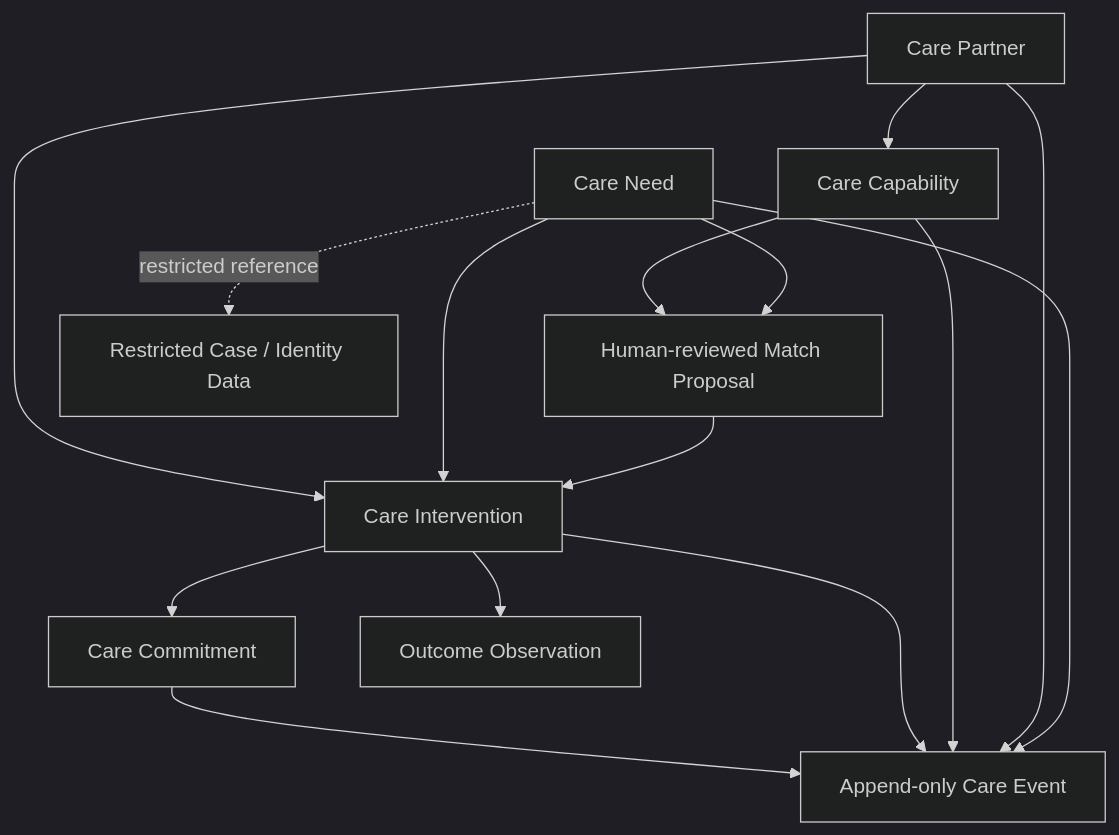
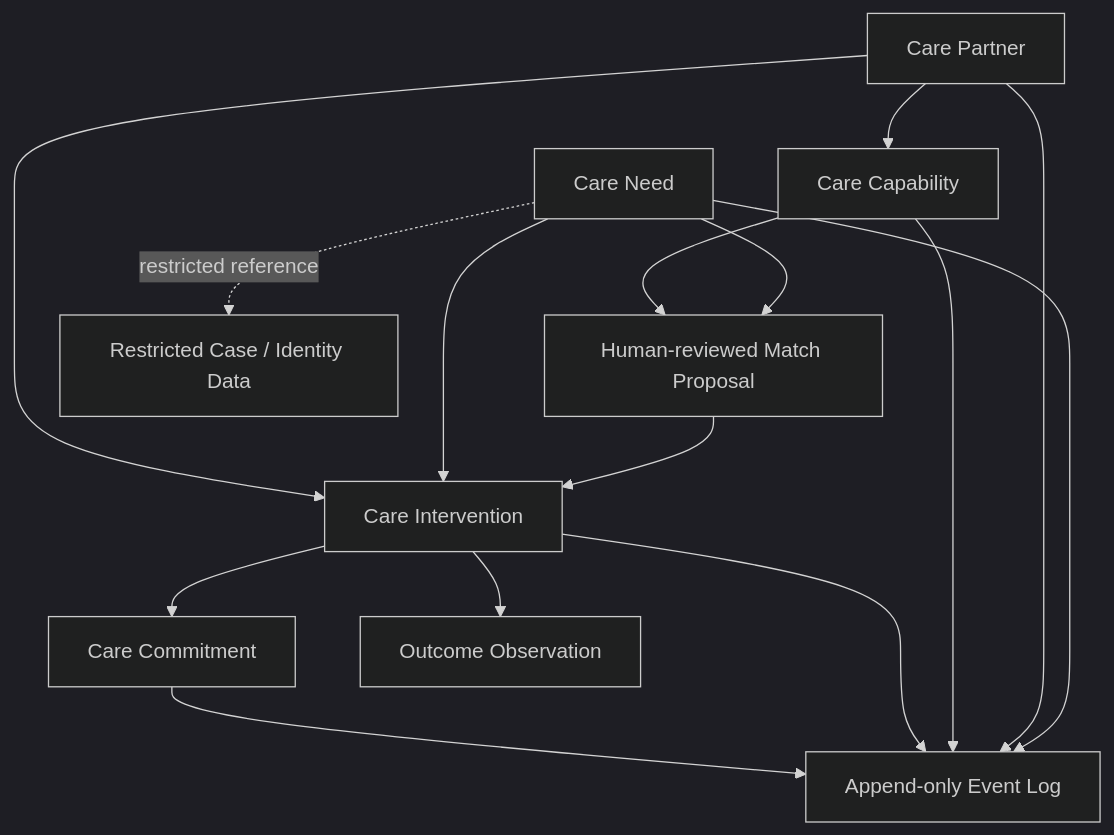
Before and after one commit to ObiwanKenobee/qrpay-web-new-file-v5.7.0: the diagram in docs/engineering/M028-orione-atlas-care-domain-foundation.md, drawn with Mermaid (dark theme). The commit also changed other lines of this file, not shown here.

````diff
--- a/docs/engineering/M028-orione-atlas-care-domain-foundation.md
+++ b/docs/engineering/M028-orione-atlas-care-domain-foundation.md
@@ -120,27 +120,27 @@
 ```mermaid
 flowchart TD
   NEED[Care Need]
   PARTNER[Care Partner]
   CAP[Care Capability]
   MATCH[Human-reviewed Match Proposal]
   INTERVENTION[Care Intervention]
   COMMIT[Care Commitment]
-  EVENT[Append-only Care Event]
+  EVENT[Append-only Event Log]
   OUTCOME[Outcome Observation]
   CASE[Restricted Case / Identity Data]
 
   PARTNER --> CAP
   NEED --> MATCH
   CAP --> MATCH
   MATCH --> INTERVENTION
   NEED --> INTERVENTION
   PARTNER --> INTERVENTION
   INTERVENTION --> COMMIT
   NEED --> EVENT
   PARTNER --> EVENT
   CAP --> EVENT
   INTERVENTION --> EVENT
   COMMIT --> EVENT
   INTERVENTION --> OUTCOME
   NEED -. restricted reference .-> CASE
 ```
````
